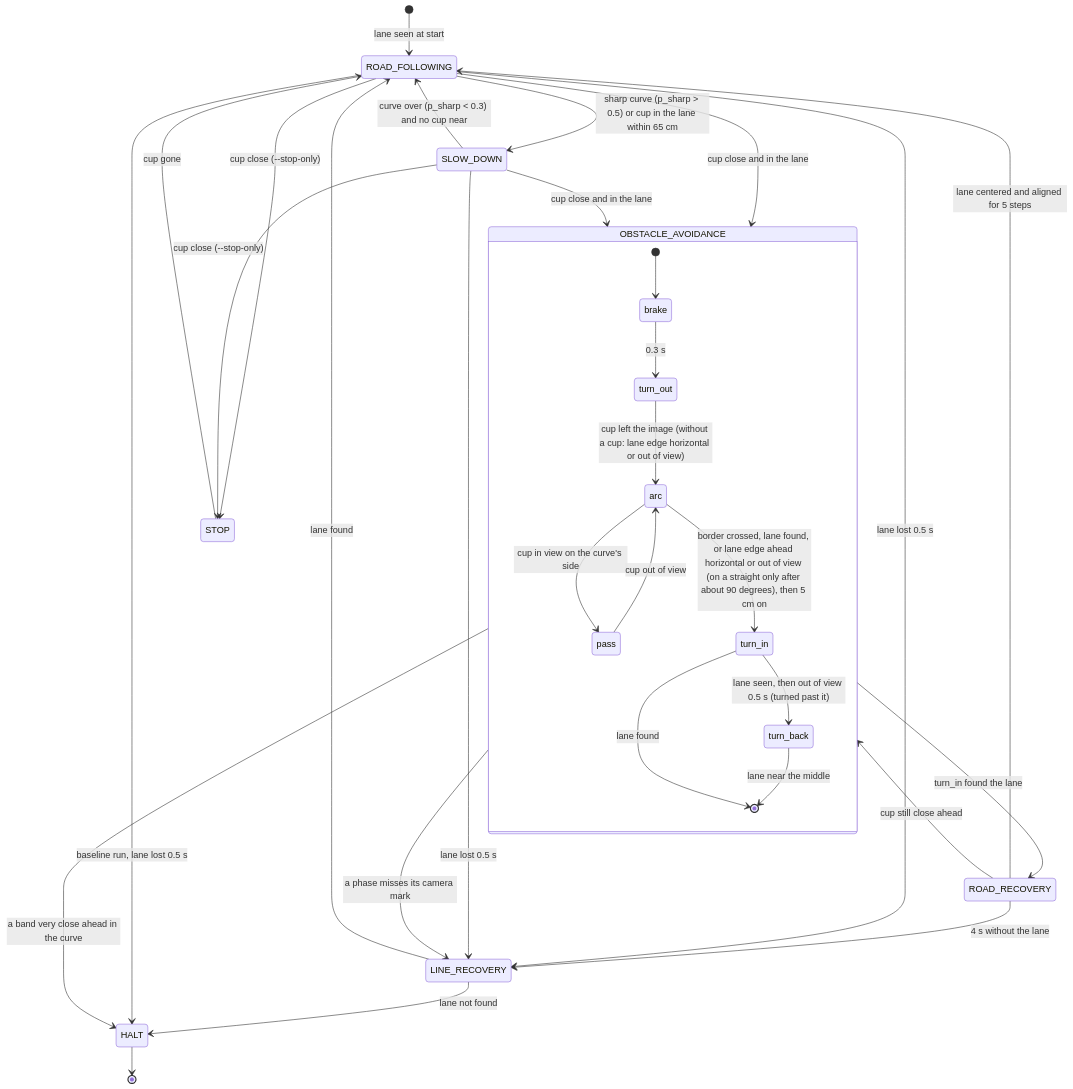
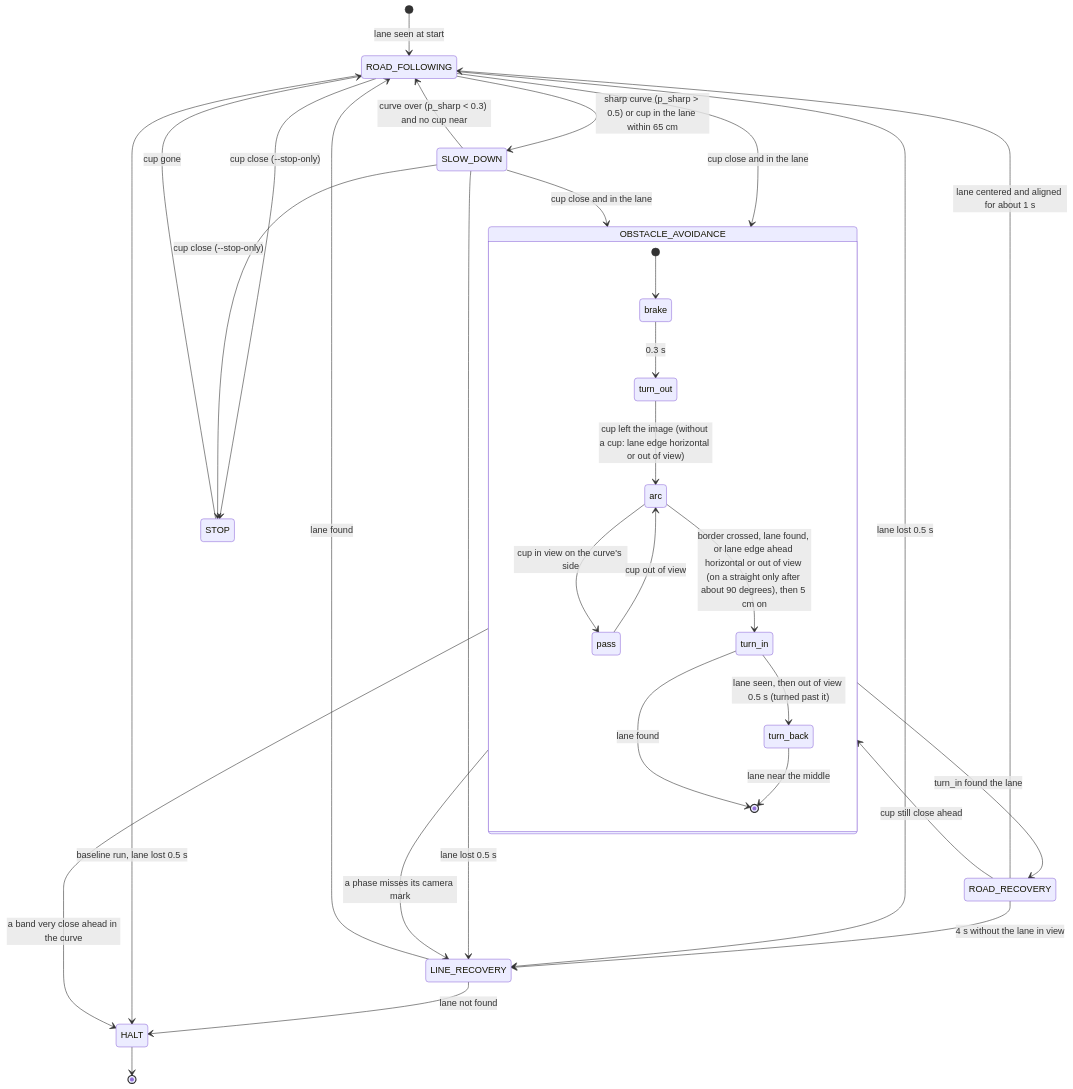
Before and after one commit to janniskrn/robotic-jetbot: the diagram in notebooks/mini_av/STATE_MACHINE.md, drawn with Mermaid. The commit also changed other lines of this file and 8 other files, not shown here.

First line of the commit message:
Swerve and recovery fixes from run 04-04-01: 5 cm on counted from the border crossing (ARC4), calmer ROAD_RECOVERY with half P and a 1 s handover (STEER3), search accepts the lane near its border (SIT4); offline only, 131 checks

````diff
--- a/notebooks/mini_av/STATE_MACHINE.md
+++ b/notebooks/mini_av/STATE_MACHINE.md
@@ -35,34 +35,34 @@
 ```mermaid
 stateDiagram-v2
     [*] --> ROAD_FOLLOWING: lane seen at start
     ROAD_FOLLOWING --> SLOW_DOWN: sharp curve (p_sharp > 0.5) or cup in the lane within 65 cm
     SLOW_DOWN --> ROAD_FOLLOWING: curve over (p_sharp < 0.3) and no cup near
     ROAD_FOLLOWING --> OBSTACLE_AVOIDANCE: cup close and in the lane
     SLOW_DOWN --> OBSTACLE_AVOIDANCE: cup close and in the lane
     state OBSTACLE_AVOIDANCE {
         [*] --> brake
         brake --> turn_out: 0.3 s
         turn_out --> arc: cup left the image (without a cup: lane edge horizontal or out of view)
         arc --> pass: cup in view on the curve's side
         pass --> arc: cup out of view
         arc --> turn_in: border crossed, lane found, or lane edge ahead horizontal or out of view (on a straight only after about 90 degrees), then 5 cm on
         turn_in --> [*]: lane found
         turn_in --> turn_back: lane seen, then out of view 0.5 s (turned past it)
         turn_back --> [*]: lane near the middle
     }
     OBSTACLE_AVOIDANCE --> ROAD_RECOVERY: turn_in found the lane
     OBSTACLE_AVOIDANCE --> HALT: a band very close ahead in the curve
-    ROAD_RECOVERY --> ROAD_FOLLOWING: lane centered and aligned for 5 steps
+    ROAD_RECOVERY --> ROAD_FOLLOWING: lane centered and aligned for about 1 s
     ROAD_RECOVERY --> OBSTACLE_AVOIDANCE: cup still close ahead
-    ROAD_RECOVERY --> LINE_RECOVERY: 4 s without the lane
+    ROAD_RECOVERY --> LINE_RECOVERY: 4 s without the lane in view
     ROAD_FOLLOWING --> LINE_RECOVERY: lane lost 0.5 s
     SLOW_DOWN --> LINE_RECOVERY: lane lost 0.5 s
     OBSTACLE_AVOIDANCE --> LINE_RECOVERY: a phase misses its camera mark
     LINE_RECOVERY --> ROAD_FOLLOWING: lane found
     LINE_RECOVERY --> HALT: lane not found
     ROAD_FOLLOWING --> STOP: cup close (--stop-only)
     SLOW_DOWN --> STOP: cup close (--stop-only)
     STOP --> ROAD_FOLLOWING: cup gone
     ROAD_FOLLOWING --> HALT: baseline run, lane lost 0.5 s
     HALT --> [*]
 ```
````
